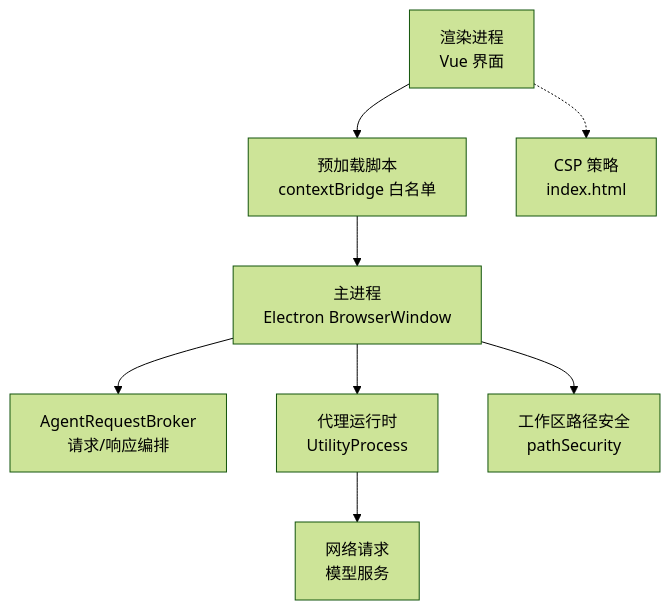
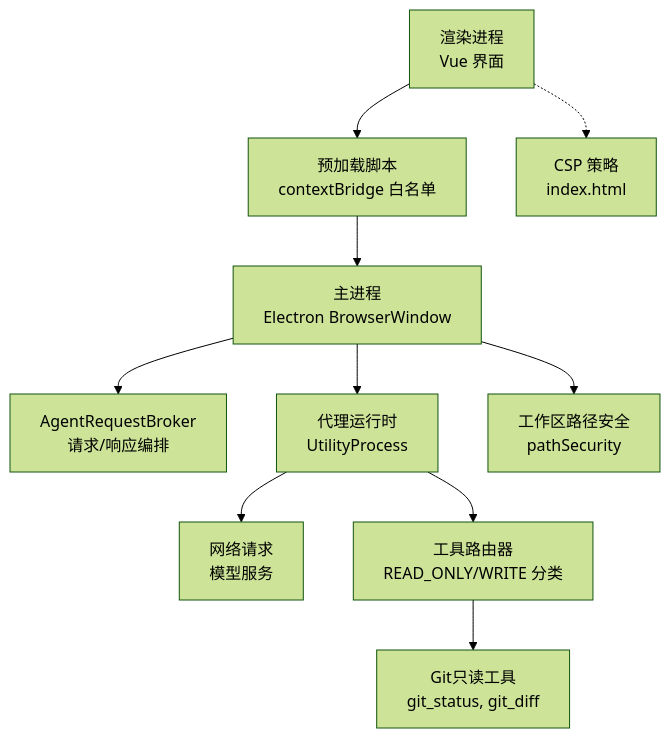
The first of 10 diagrams in .qoder/repowiki/zh/content/架构设计/安全模型/安全模型.md (dyx-9163/ai-aifar), drawn with Mermaid (forest theme) before and after one commit. The commit also changed other lines of this file and 34 other files, not shown here.

````diff
--- a/.qoder/repowiki/zh/content/架构设计/安全模型/安全模型.md
+++ b/.qoder/repowiki/zh/content/架构设计/安全模型/安全模型.md
@@ -42,10 +53,12 @@
 ```mermaid
 graph TB
 UI["渲染进程<br/>Vue 界面"] --> Preload["预加载脚本<br/>contextBridge 白名单"]
 Preload --> Main["主进程<br/>Electron BrowserWindow"]
 Main --> Broker["AgentRequestBroker<br/>请求/响应编排"]
 Main --> Worker["代理运行时<br/>UtilityProcess"]
 Worker --> Net["网络请求<br/>模型服务"]
+Worker --> Tools["工具路由器<br/>READ_ONLY/WRITE 分类"]
+Tools --> Git["Git只读工具<br/>git_status, git_diff"]
 Main --> FS["工作区路径安全<br/>pathSecurity"]
 UI -.-> CSP["CSP 策略<br/>index.html"]
 ```
````
